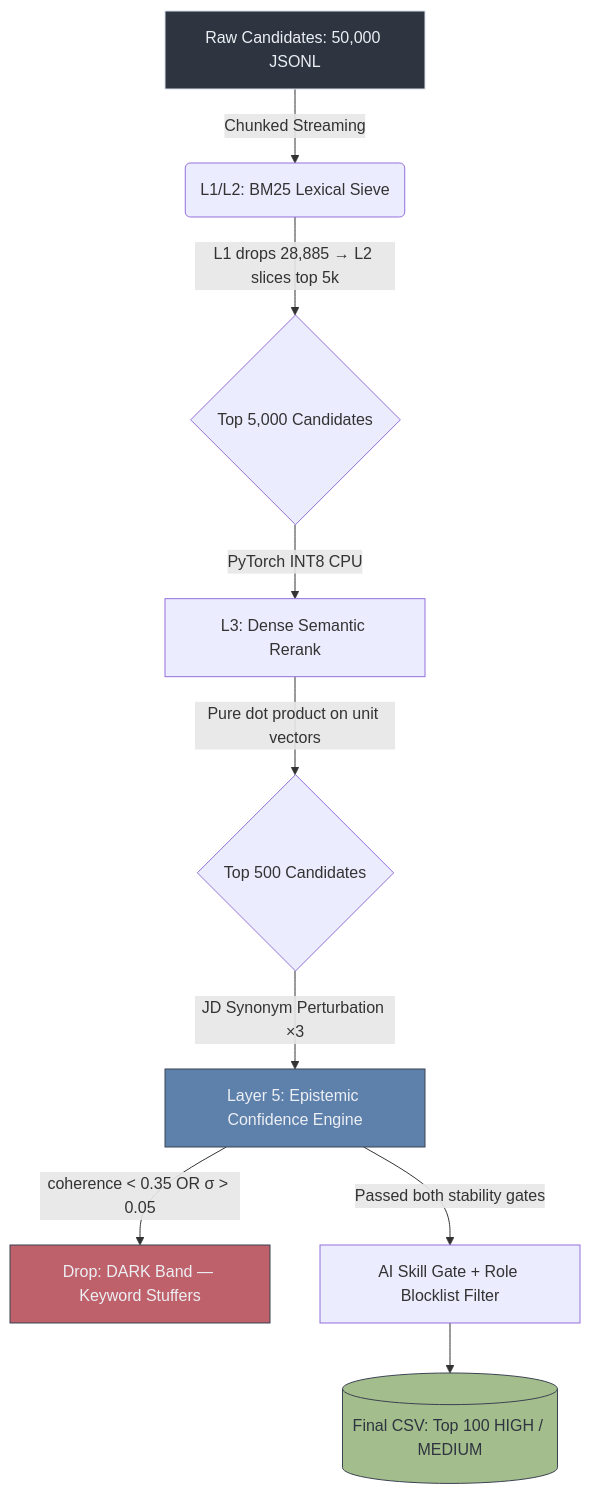
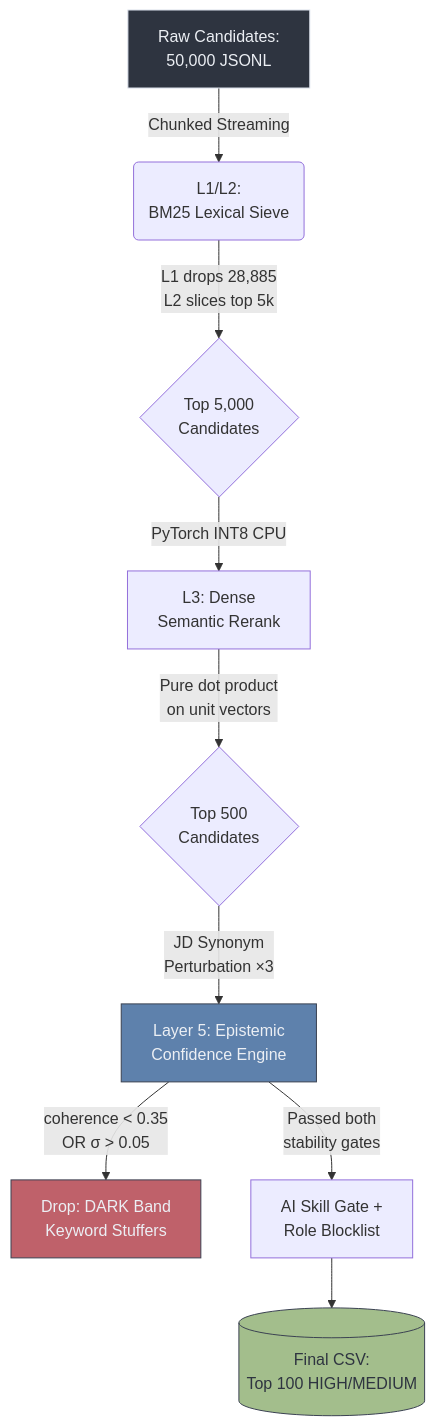
One commit to NITHIN4747/semantic-candidate-discovery-engine changed the diagram in README.md. Above: the diagram before and after it, drawn with Mermaid.

Commit message:
docs: fix Mermaid diagram text truncation by adding explicit line breaks

````diff
--- a/README.md
+++ b/README.md
@@ -39,20 +39,20 @@
 ```mermaid
 graph TD
-    A["Raw Candidates: 50,000 JSONL"] -->|Chunked Streaming| B("L1/L2: BM25 Lexical Sieve")
-    B -->|"L1 drops 28,885 → L2 slices top 5k"| C{"Top 5,000 Candidates"}
+    A["Raw Candidates:<br/>50,000 JSONL"] -->|Chunked Streaming| B("L1/L2:<br/>BM25 Lexical Sieve")
+    B -->|"L1 drops 28,885<br/>L2 slices top 5k"| C{"Top 5,000<br/>Candidates"}
 
-    C -->|PyTorch INT8 CPU| D["L3: Dense Semantic Rerank"]
-    D -->|Pure dot product on unit vectors| E{"Top 500 Candidates"}
+    C -->|PyTorch INT8 CPU| D["L3: Dense<br/>Semantic Rerank"]
+    D -->|"Pure dot product<br/>on unit vectors"| E{"Top 500<br/>Candidates"}
 
-    E -->|"JD Synonym Perturbation ×3"| F["Layer 5: Epistemic Confidence Engine"]
+    E -->|"JD Synonym<br/>Perturbation ×3"| F["Layer 5: Epistemic<br/>Confidence Engine"]
 
-    F -->|"coherence < 0.35 OR σ > 0.05"| G["Drop: DARK Band — Keyword Stuffers"]
-    F -->|Passed both stability gates| H["AI Skill Gate + Role Blocklist Filter"]
+    F -->|"coherence < 0.35<br/>OR σ > 0.05"| G["Drop: DARK Band<br/>Keyword Stuffers"]
+    F -->|"Passed both<br/>stability gates"| H["AI Skill Gate +<br/>Role Blocklist"]
 
-    H --> I[("Final CSV: Top 100 HIGH / MEDIUM")]
+    H --> I[("Final CSV:<br/>Top 100 HIGH/MEDIUM")]
 
     style A fill:#2e3440,stroke:#d8dee9,color:#eceff4
     style G fill:#bf616a,stroke:#3b4252,color:#eceff4
     style I fill:#a3be8c,stroke:#3b4252,color:#2e3440
     style F fill:#5e81ac,stroke:#3b4252,color:#eceff4
 ```
````
